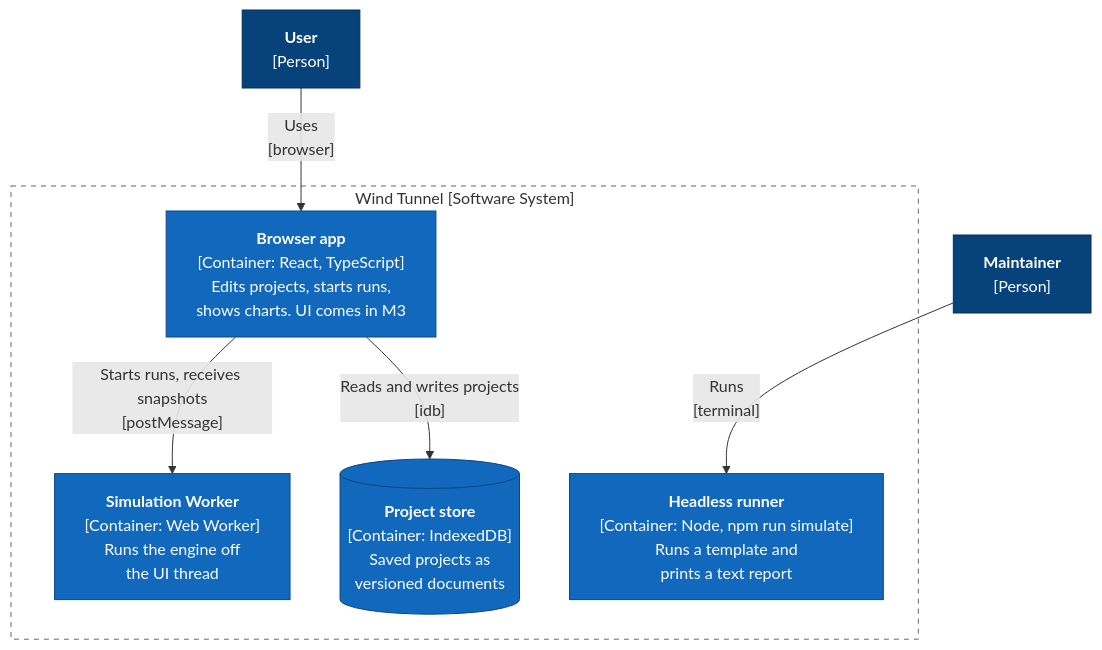
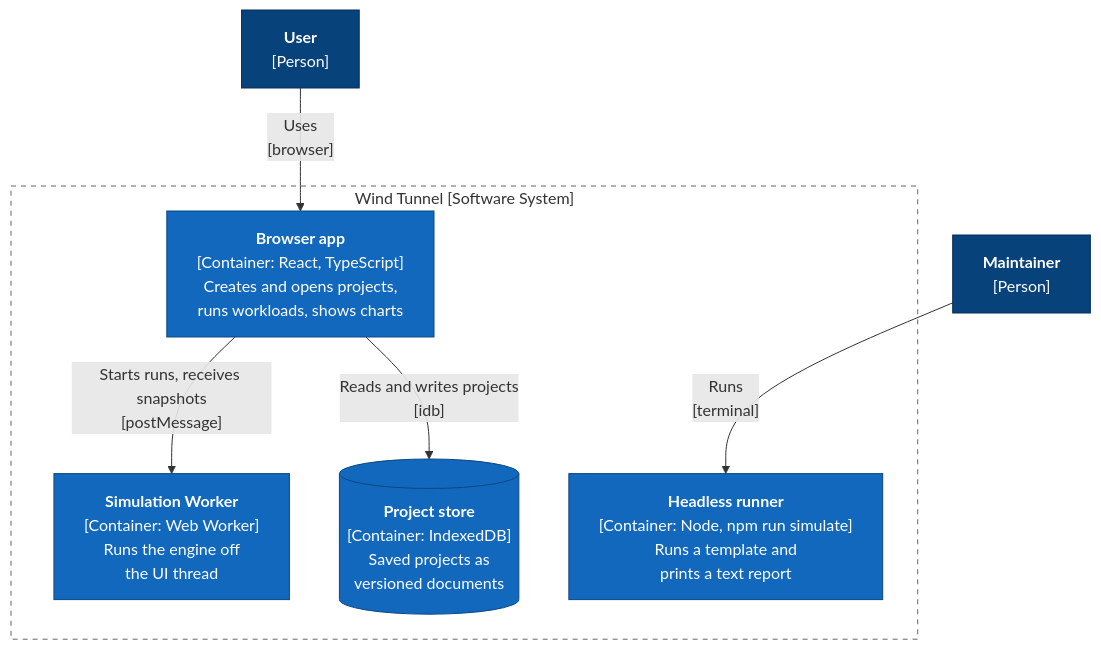
One commit to alanbickel/wind-tunnel changed the third of 5 diagrams in docs/architecture/architecture-overview.md. Above: the diagram before and after it, drawn with Mermaid. The commit also changed other lines of this file and 8 other files, not shown here.

Commit message:
docs(ui): add the UI onboarding guide and its component diagram (#26)

````diff
--- a/docs/architecture/architecture-overview.md
+++ b/docs/architecture/architecture-overview.md
@@ -46,22 +46,22 @@
 ```mermaid
 %%{init: {"flowchart": {"wrappingWidth": 320}}}%%
 flowchart TB
     user["<b>User</b><br/>[Person]"]:::person
     dev["<b>Maintainer</b><br/>[Person]"]:::person
     subgraph wt["Wind Tunnel [Software System]"]
-        app["<b>Browser app</b><br/>[Container: React, TypeScript]<br/>Edits projects, starts runs,<br/>shows charts. UI comes in M3"]:::system
+        app["<b>Browser app</b><br/>[Container: React, TypeScript]<br/>Creates and opens projects,<br/>runs workloads, shows charts"]:::system
         worker["<b>Simulation Worker</b><br/>[Container: Web Worker]<br/>Runs the engine off<br/>the UI thread"]:::system
         db[("<b>Project store</b><br/>[Container: IndexedDB]<br/>Saved projects as<br/>versioned documents")]:::system
         cli["<b>Headless runner</b><br/>[Container: Node, npm run simulate]<br/>Runs a template and<br/>prints a text report"]:::system
     end
     user -->|"Uses<br/>[browser]"| app
     app -->|"Reads and writes projects<br/>[idb]"| db
     app -->|"Starts runs, receives snapshots<br/>[postMessage]"| worker
     dev -->|"Runs<br/>[terminal]"| cli
     style wt fill:none,stroke:#666,stroke-dasharray:5 5
     classDef person fill:#08427b,stroke:#052e56,color:#fff
     classDef system fill:#1168bd,stroke:#0b4884,color:#fff
     classDef component fill:#85bbf0,stroke:#5d82a8,color:#000
     classDef external fill:#999,stroke:#6b6b6b,color:#fff
     classDef planned fill:#fff,stroke:#1168bd,color:#1168bd,stroke-dasharray:5 5
 ```
````
